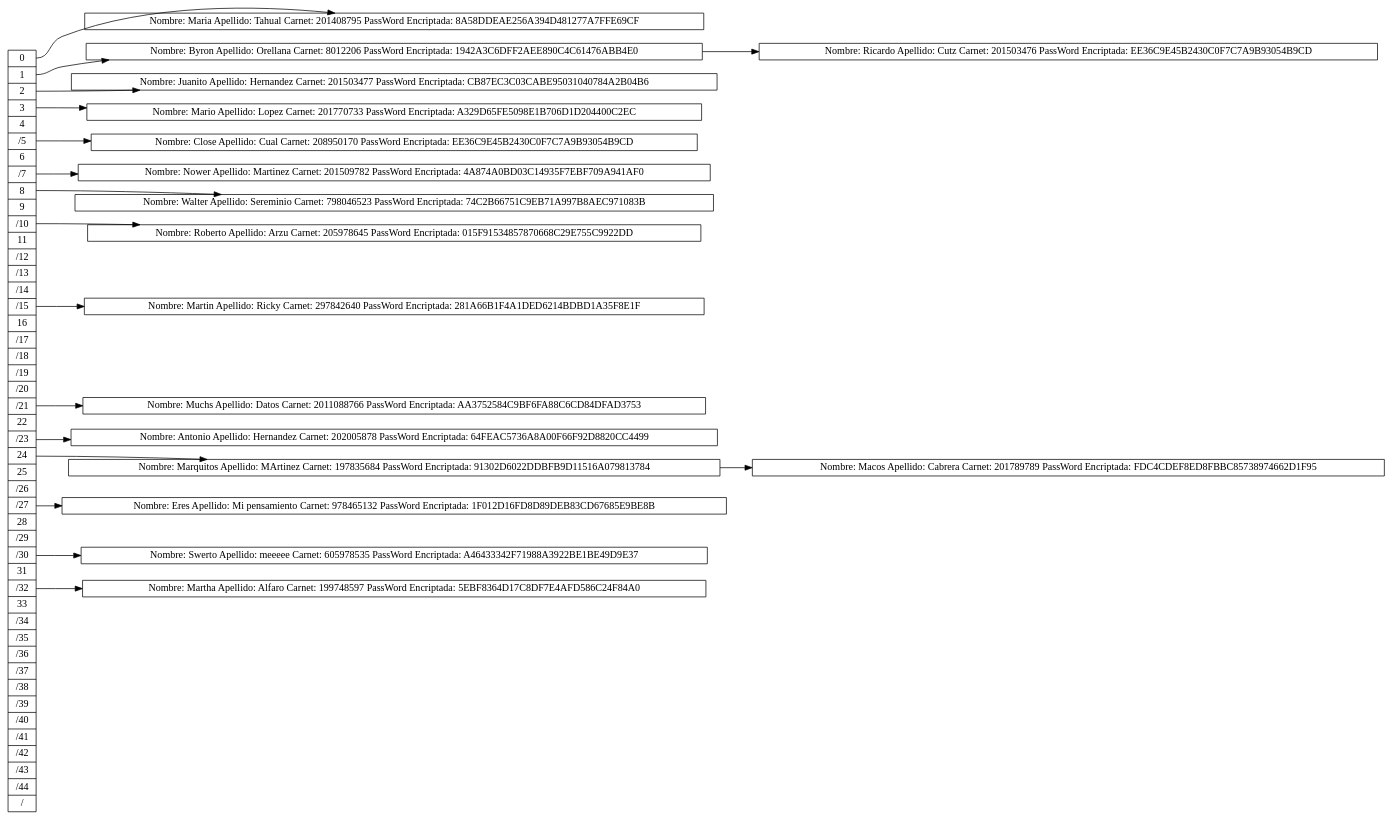
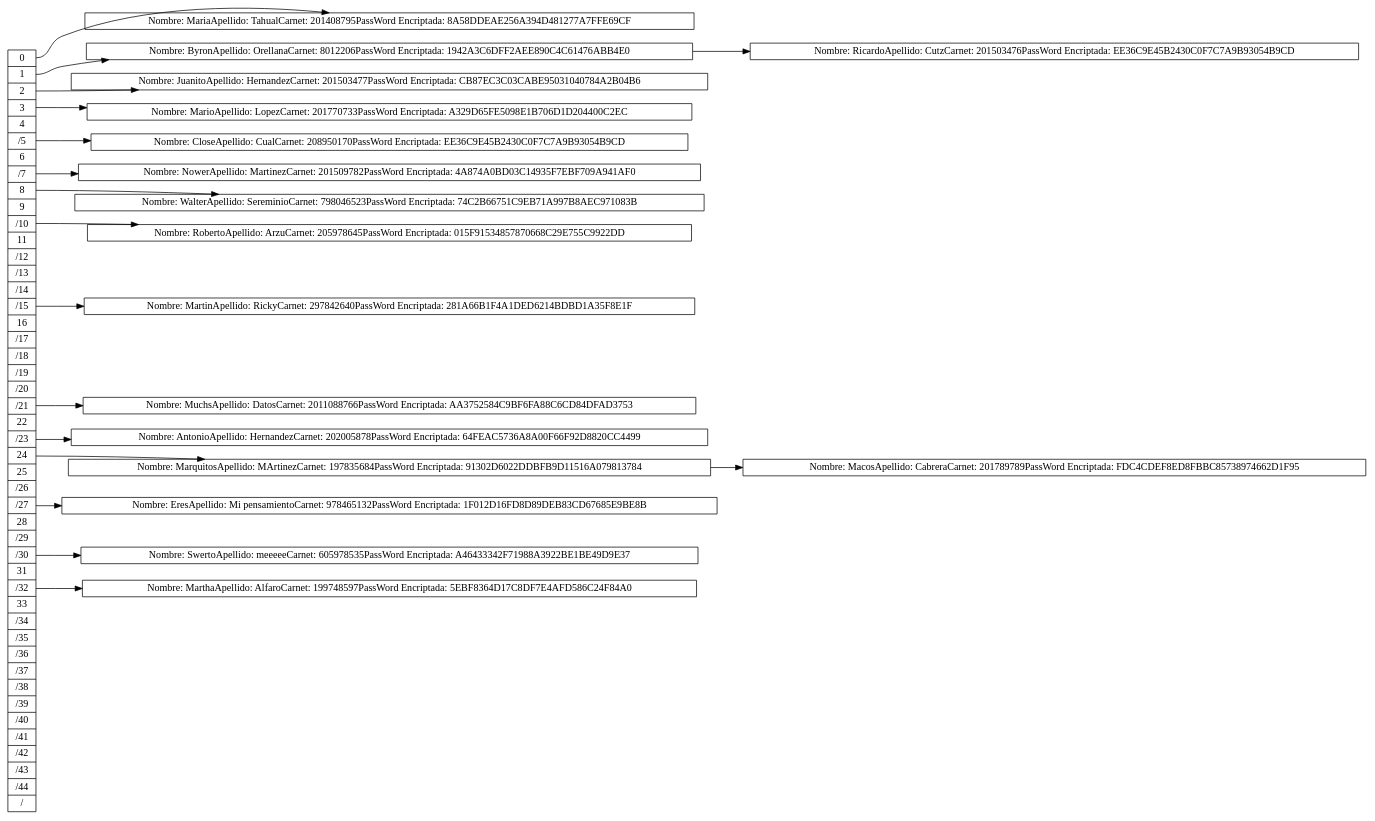
One commit to ByLy23/BlockChain_Java changed the diagram in Proyecto2_201700733/Hash.dot. Above: the diagram before and after it, drawn with Graphviz. The commit also changed 18 other files, not shown here.

```diff
--- a/Proyecto2_201700733/Hash.dot
+++ b/Proyecto2_201700733/Hash.dot
@@ -1,74 +1,91 @@
 digraph Hash{ 
  rankdir= LR
  node[shape=record, width= 0.1, height= 0.1];
-Nodo1243712074[label="<P0>0|<P1>1|<P2>2|<P3>3|<P4>4|<P5>/5|<P6>6|<P7>/7|<P8>8|<P9>9|<P10>/10|<P11>11|<P12>/12|<P13>/13|<P14>/14|<P15>/15|<P16>16|<P17>/17|<P18>/18|<P19>/19|<P20>/20|<P21>/21|<P22>22|<P23>/23|<P24>24|<P25>25|<P26>/26|<P27>/27|<P28>28|<P29>/29|<P30>/30|<P31>31|<P32>/32|<P33>33|<P34>/34|<P35>/35|<P36>/36|<P37>/37|<P38>/38|<P39>/39|<P40>/40|<P41>/41|<P42>/42|<P43>/43|<P44>/44|<P45>/"];
-Nodo1722967862[label=" Nombre: Maria Apellido:  Tahual
- Carnet: 201408795
- PassWord Encriptada: 8A58DDEAE256A394D481277A7FFE69CF"];
-Nodo1243712074:P0 ->Nodo1722967862
-Nodo1598358495[label=" Nombre: Byron Apellido:  Orellana
- Carnet: 8012206
- PassWord Encriptada: 1942A3C6DFF2AEE890C4C61476ABB4E0"];
-Nodo1598358495->Nodo810888721
-Nodo810888721[label=" Nombre: Ricardo Apellido:  Cutz
- Carnet: 201503476
- PassWord Encriptada: EE36C9E45B2430C0F7C7A9B93054B9CD"];
-Nodo1243712074:P1 ->Nodo1598358495
-Nodo1986036107[label=" Nombre: Juanito Apellido:  Hernandez
- Carnet: 201503477
- PassWord Encriptada: CB87EC3C03CABE95031040784A2B04B6"];
-Nodo1243712074:P2 ->Nodo1986036107
-Nodo52351910[label=" Nombre: Mario Apellido:  Lopez
- Carnet: 201770733
- PassWord Encriptada: A329D65FE5098E1B706D1D204400C2EC"];
-Nodo1243712074:P3 ->Nodo52351910
-Nodo1949459425[label=" Nombre: Close Apellido:  Cual
- Carnet: 208950170
- PassWord Encriptada: EE36C9E45B2430C0F7C7A9B93054B9CD"];
-Nodo1243712074:P5 ->Nodo1949459425
-Nodo1838087888[label=" Nombre: Nower Apellido:  Martinez
- Carnet: 201509782
- PassWord Encriptada: 4A874A0BD03C14935F7EBF709A941AF0"];
-Nodo1243712074:P7 ->Nodo1838087888
-Nodo529548851[label=" Nombre: Walter Apellido:  Sereminio
- Carnet: 798046523
- PassWord Encriptada: 74C2B66751C9EB71A997B8AEC971083B"];
-Nodo1243712074:P8 ->Nodo529548851
-Nodo1785079172[label=" Nombre: Roberto Apellido:  Arzu
- Carnet: 205978645
- PassWord Encriptada: 015F91534857870668C29E755C9922DD"];
-Nodo1243712074:P10 ->Nodo1785079172
-Nodo221015618[label=" Nombre: Martin Apellido:  Ricky
- Carnet: 297842640
- PassWord Encriptada: 281A66B1F4A1DED6214BDBD1A35F8E1F"];
-Nodo1243712074:P15 ->Nodo221015618
-Nodo391014729[label=" Nombre: Muchs Apellido:  Datos
- Carnet: 2011088766
- PassWord Encriptada: AA3752584C9BF6FA88C6CD84DFAD3753"];
-Nodo1243712074:P21 ->Nodo391014729
-Nodo175248461[label=" Nombre: Antonio Apellido:  Hernandez
- Carnet: 202005878
- PassWord Encriptada: 64FEAC5736A8A00F66F92D8820CC4499"];
-Nodo1243712074:P23 ->Nodo175248461
-Nodo1365461634[label=" Nombre: Marquitos Apellido:  MArtinez
- Carnet: 197835684
- PassWord Encriptada: 91302D6022DDBFB9D11516A079813784"];
-Nodo1365461634->Nodo1062432914
-Nodo1062432914[label=" Nombre: Macos Apellido:  Cabrera
- Carnet: 201789789
- PassWord Encriptada: FDC4CDEF8ED8FBBC85738974662D1F95"];
-Nodo1243712074:P24 ->Nodo1365461634
-Nodo1530085904[label=" Nombre: Eres Apellido:  Mi pensamiento
- Carnet: 978465132
- PassWord Encriptada: 1F012D16FD8D89DEB83CD67685E9BE8B"];
-Nodo1243712074:P27 ->Nodo1530085904
-Nodo1106900295[label=" Nombre: Swerto Apellido:  meeeee
- Carnet: 605978535
- PassWord Encriptada: A46433342F71988A3922BE1BE49D9E37"];
-Nodo1243712074:P30 ->Nodo1106900295
-Nodo168132768[label=" Nombre: Martha Apellido:  Alfaro
- Carnet: 199748597
- PassWord Encriptada: 5EBF8364D17C8DF7E4AFD586C24F84A0"];
-Nodo1243712074:P32 ->Nodo168132768
+Nodo636597771[label="<P0>0|<P1>1|<P2>2|<P3>3|<P4>4|<P5>/5|<P6>6|<P7>/7|<P8>8|<P9>9|<P10>/10|<P11>11|<P12>/12|<P13>/13|<P14>/14|<P15>/15|<P16>16|<P17>/17|<P18>/18|<P19>/19|<P20>/20|<P21>/21|<P22>22|<P23>/23|<P24>24|<P25>25|<P26>/26|<P27>/27|<P28>28|<P29>/29|<P30>/30|<P31>31|<P32>/32|<P33>33|<P34>/34|<P35>/35|<P36>/36|<P37>/37|<P38>/38|<P39>/39|<P40>/40|<P41>/41|<P42>/42|<P43>/43|<P44>/44|<P45>/"];
+Nodo212754510[label=" Nombre: Maria
+Apellido:  Tahual
+Carnet: 201408795
+PassWord Encriptada: 8A58DDEAE256A394D481277A7FFE69CF"];
+Nodo636597771:P0 ->Nodo212754510
+Nodo1333981190[label=" Nombre: Byron
+Apellido:  Orellana
+Carnet: 8012206
+PassWord Encriptada: 1942A3C6DFF2AEE890C4C61476ABB4E0"];
+Nodo1333981190->Nodo747089350
+Nodo747089350[label=" Nombre: Ricardo
+Apellido:  Cutz
+Carnet: 201503476
+PassWord Encriptada: EE36C9E45B2430C0F7C7A9B93054B9CD"];
+Nodo636597771:P1 ->Nodo1333981190
+Nodo74323891[label=" Nombre: Juanito
+Apellido:  Hernandez
+Carnet: 201503477
+PassWord Encriptada: CB87EC3C03CABE95031040784A2B04B6"];
+Nodo636597771:P2 ->Nodo74323891
+Nodo2076027744[label=" Nombre: Mario
+Apellido:  Lopez
+Carnet: 201770733
+PassWord Encriptada: A329D65FE5098E1B706D1D204400C2EC"];
+Nodo636597771:P3 ->Nodo2076027744
+Nodo602367697[label=" Nombre: Close
+Apellido:  Cual
+Carnet: 208950170
+PassWord Encriptada: EE36C9E45B2430C0F7C7A9B93054B9CD"];
+Nodo636597771:P5 ->Nodo602367697
+Nodo849286902[label=" Nombre: Nower
+Apellido:  Martinez
+Carnet: 201509782
+PassWord Encriptada: 4A874A0BD03C14935F7EBF709A941AF0"];
+Nodo636597771:P7 ->Nodo849286902
+Nodo1178098841[label=" Nombre: Walter
+Apellido:  Sereminio
+Carnet: 798046523
+PassWord Encriptada: 74C2B66751C9EB71A997B8AEC971083B"];
+Nodo636597771:P8 ->Nodo1178098841
+Nodo1346898325[label=" Nombre: Roberto
+Apellido:  Arzu
+Carnet: 205978645
+PassWord Encriptada: 015F91534857870668C29E755C9922DD"];
+Nodo636597771:P10 ->Nodo1346898325
+Nodo1216429219[label=" Nombre: Martin
+Apellido:  Ricky
+Carnet: 297842640
+PassWord Encriptada: 281A66B1F4A1DED6214BDBD1A35F8E1F"];
+Nodo636597771:P15 ->Nodo1216429219
+Nodo48479203[label=" Nombre: Muchs
+Apellido:  Datos
+Carnet: 2011088766
+PassWord Encriptada: AA3752584C9BF6FA88C6CD84DFAD3753"];
+Nodo636597771:P21 ->Nodo48479203
+Nodo104592306[label=" Nombre: Antonio
+Apellido:  Hernandez
+Carnet: 202005878
+PassWord Encriptada: 64FEAC5736A8A00F66F92D8820CC4499"];
+Nodo636597771:P23 ->Nodo104592306
+Nodo372201025[label=" Nombre: Marquitos
+Apellido:  MArtinez
+Carnet: 197835684
+PassWord Encriptada: 91302D6022DDBFB9D11516A079813784"];
+Nodo372201025->Nodo1460278275
+Nodo1460278275[label=" Nombre: Macos
+Apellido:  Cabrera
+Carnet: 201789789
+PassWord Encriptada: FDC4CDEF8ED8FBBC85738974662D1F95"];
+Nodo636597771:P24 ->Nodo372201025
+Nodo1210679714[label=" Nombre: Eres
+Apellido:  Mi pensamiento
+Carnet: 978465132
+PassWord Encriptada: 1F012D16FD8D89DEB83CD67685E9BE8B"];
+Nodo636597771:P27 ->Nodo1210679714
+Nodo290868598[label=" Nombre: Swerto
+Apellido:  meeeee
+Carnet: 605978535
+PassWord Encriptada: A46433342F71988A3922BE1BE49D9E37"];
+Nodo636597771:P30 ->Nodo290868598
+Nodo2108136515[label=" Nombre: Martha
+Apellido:  Alfaro
+Carnet: 199748597
+PassWord Encriptada: 5EBF8364D17C8DF7E4AFD586C24F84A0"];
+Nodo636597771:P32 ->Nodo2108136515
 
 }
```
